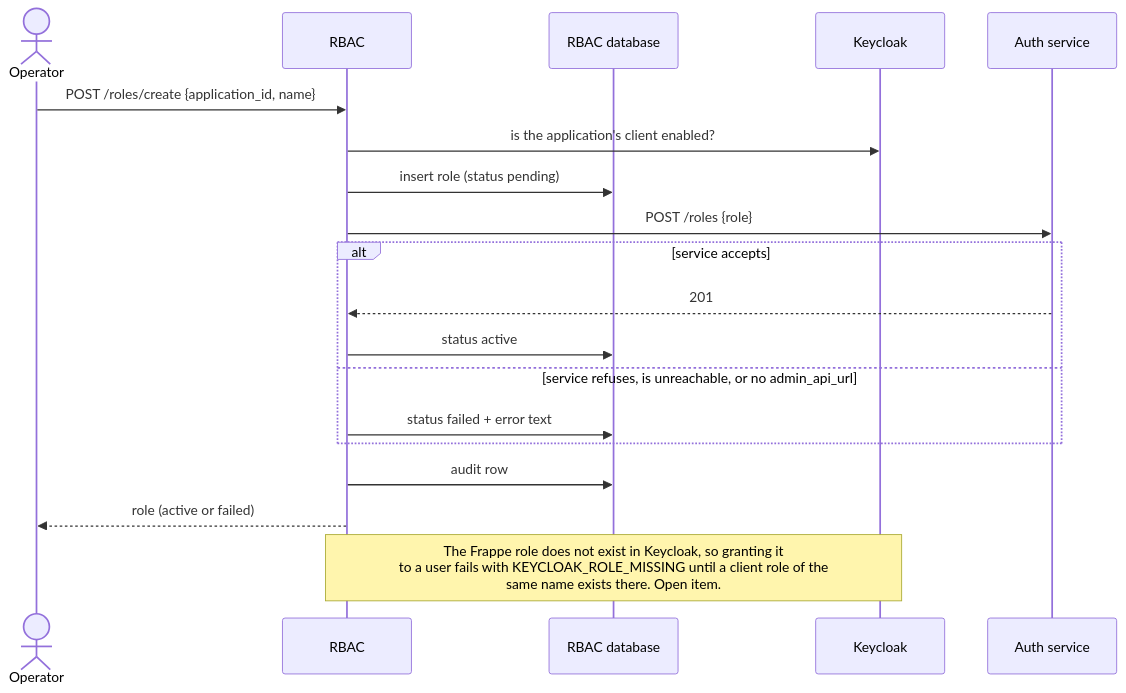
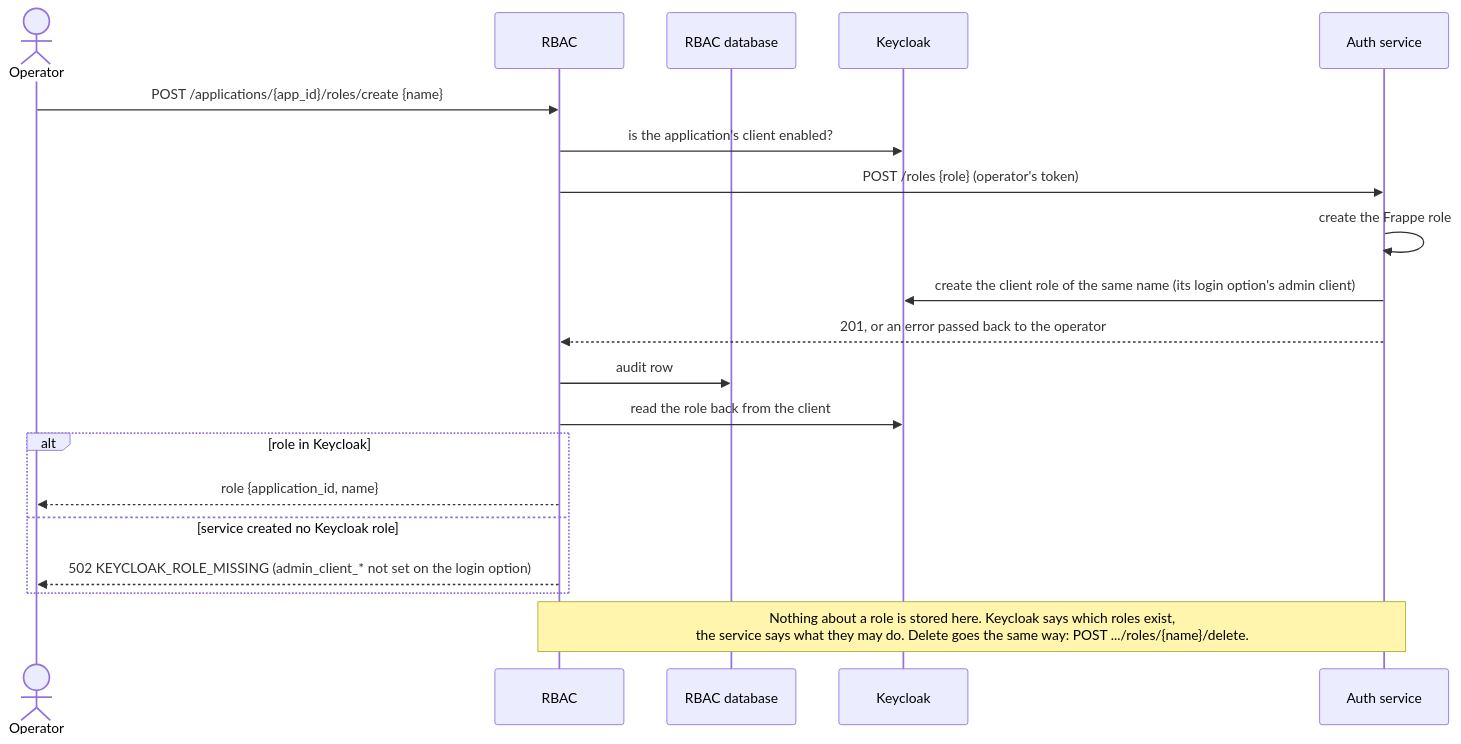
The fourth of 6 diagrams in docs/sequence-diagrams.md (Centre-for-Open-Societal-Systems/oan_identitygovernance_service), drawn with Mermaid before and after one commit. The commit also changed other lines of this file and 12 other files, not shown here.

First line of the commit message:
Read roles live from Keycloak and drop the role and sync tables

````diff
--- a/docs/sequence-diagrams.md
+++ b/docs/sequence-diagrams.md
@@ -71,22 +70,23 @@
 ```mermaid
 sequenceDiagram
     actor Op as Operator
     participant RBAC
     participant DB as RBAC database
     participant KC as Keycloak
     participant SV as Auth service
 
-    Op->>RBAC: POST /roles/create {application_id, name}
+    Op->>RBAC: POST /applications/{app_id}/roles/create {name}
     RBAC->>KC: is the application's client enabled?
-    RBAC->>DB: insert role (status pending)
-    RBAC->>SV: POST /roles {role}
-    alt service accepts
-        SV-->>RBAC: 201
-        RBAC->>DB: status active
-    else service refuses, is unreachable, or no admin_api_url
-        RBAC->>DB: status failed + error text
+    RBAC->>SV: POST /roles {role} (operator's token)
+    SV->>SV: create the Frappe role
+    SV->>KC: create the client role of the same name (its login option's admin client)
+    SV-->>RBAC: 201, or an error passed back to the operator
+    RBAC->>DB: audit row
+    RBAC->>KC: read the role back from the client
+    alt role in Keycloak
+        RBAC-->>Op: role {application_id, name}
+    else service created no Keycloak role
+        RBAC-->>Op: 502 KEYCLOAK_ROLE_MISSING (admin_client_* not set on the login option)
     end
-    RBAC->>DB: audit row
-    RBAC-->>Op: role (active or failed)
-    Note over RBAC,KC: The Frappe role does not exist in Keycloak, so granting it<br/>to a user fails with KEYCLOAK_ROLE_MISSING until a client role of the<br/>same name exists there. Open item.
+    Note over RBAC,SV: Nothing about a role is stored here. Keycloak says which roles exist,<br/>the service says what they may do. Delete goes the same way: POST .../roles/{name}/delete.
 ```
````
